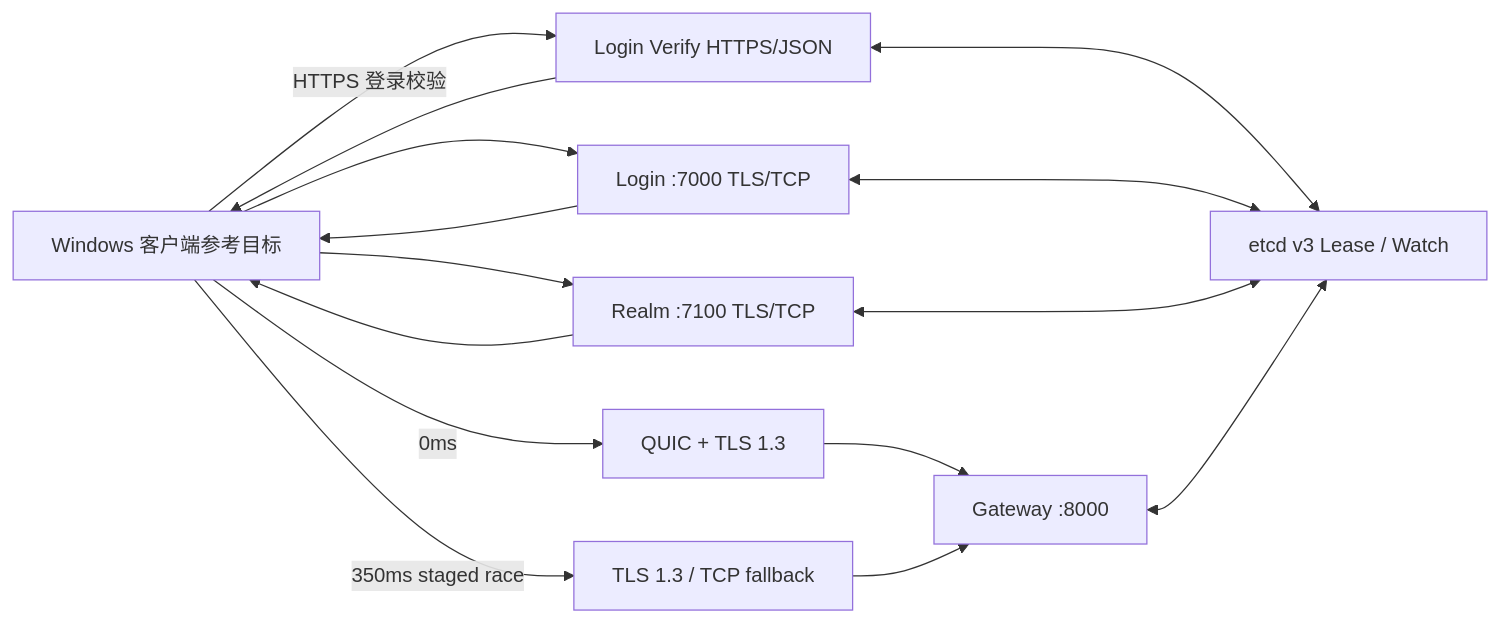
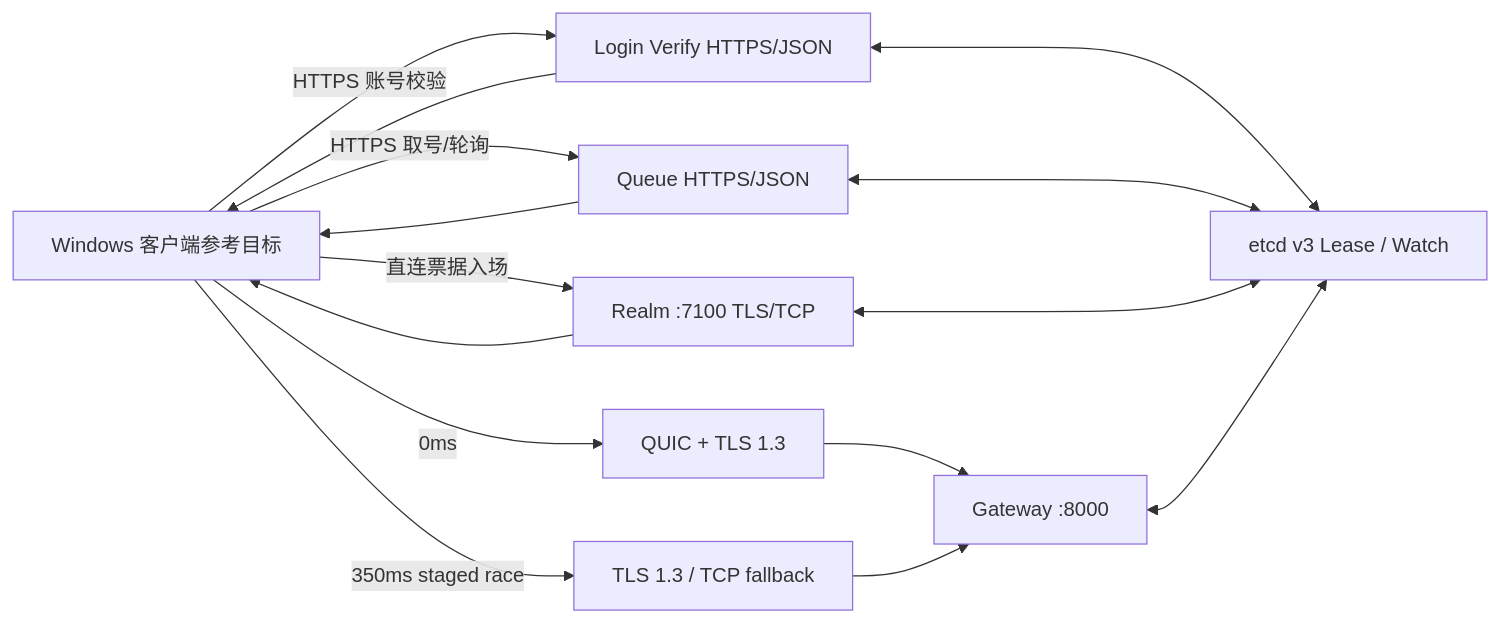
Before and after one commit to lvivvde/RealmMesh: the first of 4 diagrams in docs/architecture.md, drawn with Mermaid. The commit also changed other lines of this file and 36 other files, not shown here.

````diff
--- a/docs/architecture.md
+++ b/docs/architecture.md
@@ -5,21 +5,21 @@
 ```mermaid
 flowchart LR
     Client[Windows 客户端参考目标]
     LoginVerify[Login Verify HTTPS/JSON]
-    Login[Login :7000 TLS/TCP]
+    Queue[Queue HTTPS/JSON]
     Realm[Realm :7100 TLS/TCP]
     Gateway[Gateway :8000]
     Quic[QUIC + TLS 1.3]
     TlsTcp[TLS 1.3 / TCP fallback]
     Etcd[etcd v3 Lease / Watch]
 
-    Client -->|HTTPS 登录校验| LoginVerify --> Client
-    Client --> Login --> Client
-    Client --> Realm --> Client
+    Client -->|HTTPS 账号校验| LoginVerify --> Client
+    Client -->|HTTPS 取号/轮询| Queue --> Client
     Client -->|0ms| Quic --> Gateway
     Client -->|350ms staged race| TlsTcp --> Gateway
+    Client -->|直连票据入场| Realm --> Client
     LoginVerify <--> Etcd
-    Login <--> Etcd
+    Queue <--> Etcd
     Realm <--> Etcd
     Gateway <--> Etcd
 ```
````
